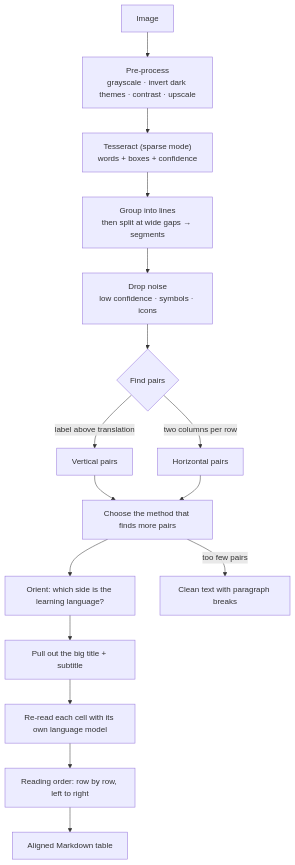
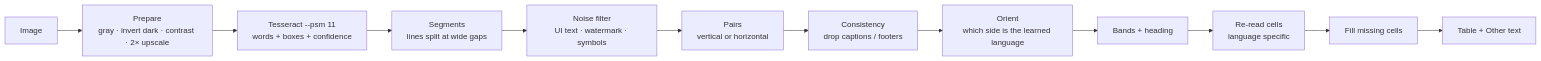
Before and after one commit to awsrmmustansarjavaid/charliemj-ocr-studio: the diagram in docs/SMART_OCR.md, drawn with Mermaid. The commit also changed other lines of this file and 32 other files, not shown here.

````diff
--- a/docs/SMART_OCR.md
+++ b/docs/SMART_OCR.md
@@ -19,18 +10,14 @@
 ```mermaid
-flowchart TD
-    A[Image] --> B["Pre-process<br/>grayscale · invert dark themes · contrast · upscale"]
-    B --> C["Tesseract (sparse mode)<br/>words + boxes + confidence"]
-    C --> D["Group into lines<br/>then split at wide gaps → segments"]
-    D --> E["Drop noise<br/>low confidence · symbols · icons"]
-    E --> F{"Find pairs"}
-    F -->|"label above translation"| G[Vertical pairs]
-    F -->|"two columns per row"| H[Horizontal pairs]
-    G --> I["Choose the method that finds more pairs"]
-    H --> I
-    I --> J["Orient: which side is the learning language?"]
-    J --> K["Pull out the big title + subtitle"]
-    K --> L["Re-read each cell with its own language model"]
-    L --> M["Reading order: row by row, left to right"]
-    M --> N["Aligned Markdown table"]
-    I -->|"too few pairs"| O["Clean text with paragraph breaks"]
+flowchart LR
+    A["Image"] --> B["Prepare<br/>gray · invert dark · contrast · 2× upscale"]
+    B --> C["Tesseract --psm 11<br/>words + boxes + confidence"]
+    C --> D["Segments<br/>lines split at wide gaps"]
+    D --> E["Noise filter<br/>UI text · watermark · symbols"]
+    E --> F["Pairs<br/>vertical or horizontal"]
+    F --> G["Consistency<br/>drop captions / footers"]
+    G --> H["Orient<br/>which side is the learned language"]
+    H --> I["Bands + heading"]
+    I --> J["Re-read cells<br/>language specific"]
+    J --> K["Fill missing cells"]
+    K --> L["Table + Other text"]
 ```
````
